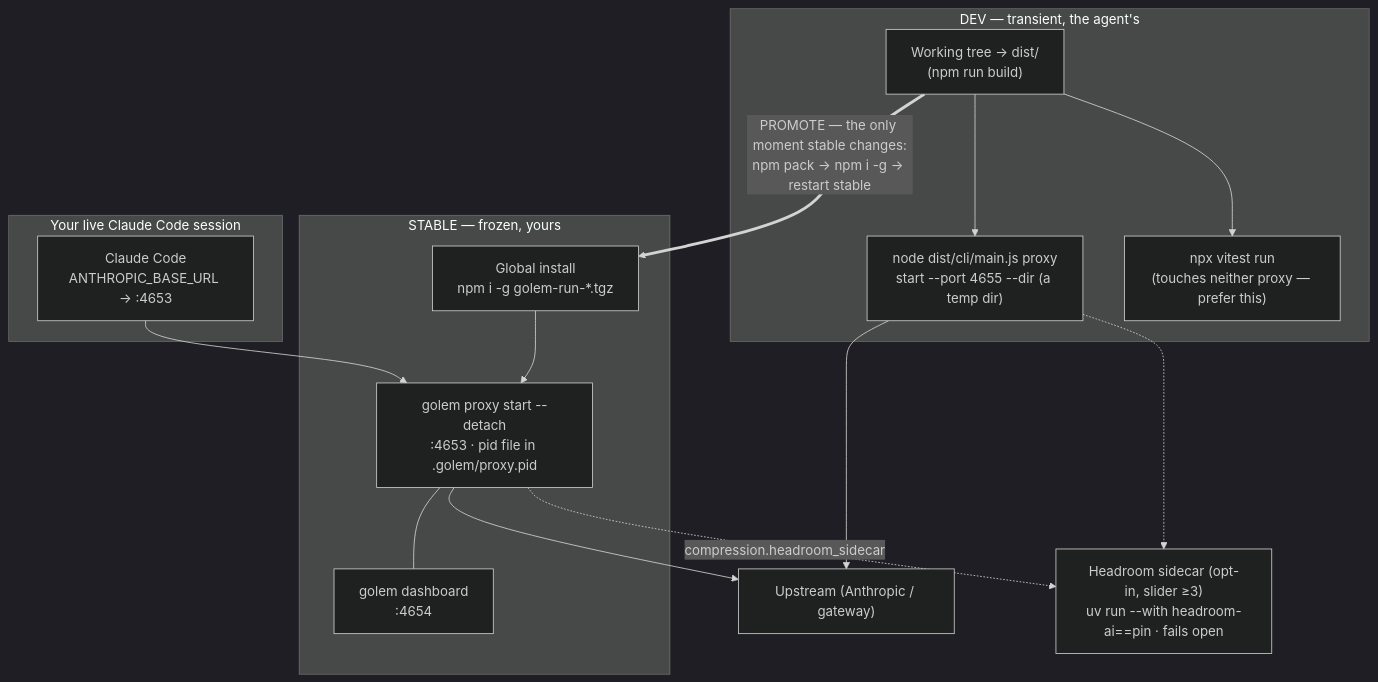
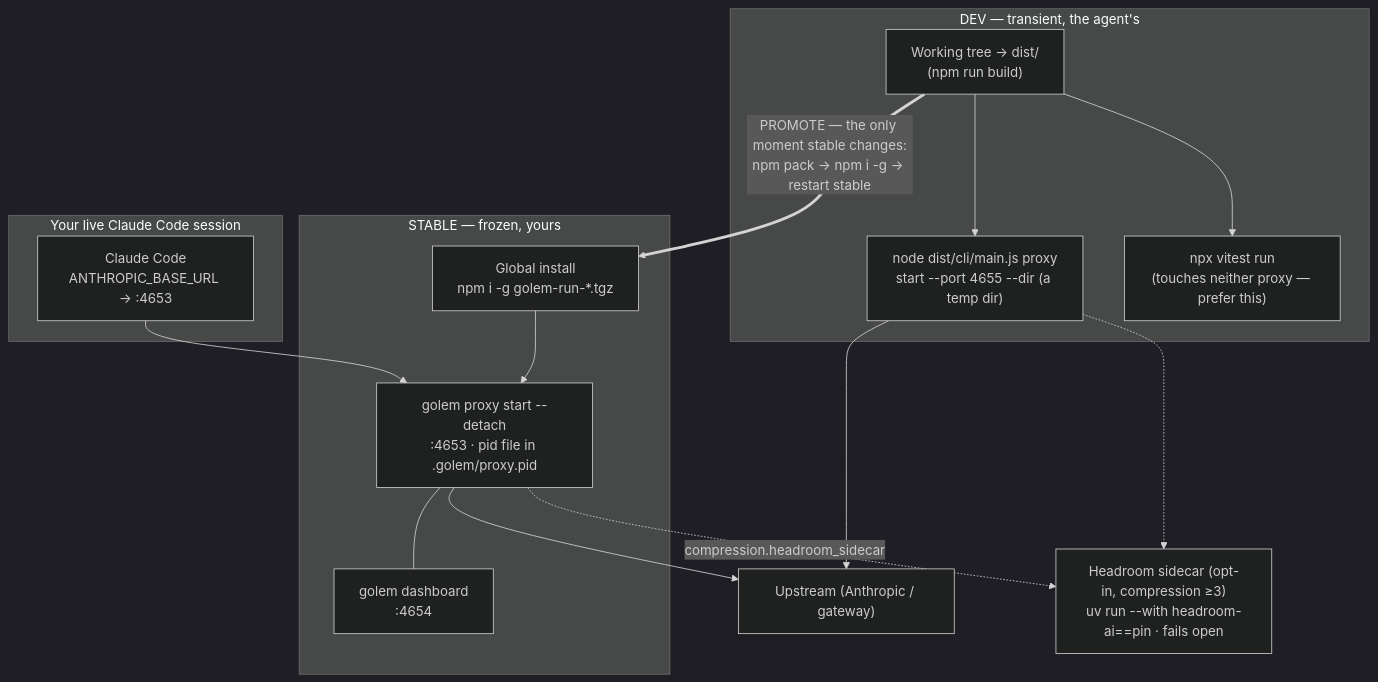
The diagram in docs/wiki/concepts/Dogfooding Golem.md (cloudcatalyst/golem), drawn with Mermaid (dark theme) before and after one commit. The commit also changed other lines of this file and 15 other files, not shown here.

````diff
--- a/docs/wiki/concepts/Dogfooding Golem.md
+++ b/docs/wiki/concepts/Dogfooding Golem.md
@@ -25,31 +25,31 @@
 ```mermaid
 flowchart TB
   subgraph Session["Your live Claude Code session"]
     CC["Claude Code<br/>ANTHROPIC_BASE_URL → :4653"]
   end
 
   subgraph Stable["STABLE — frozen, yours"]
     GBIN["Global install<br/>npm i -g golem-run-*.tgz"]
     SP["golem proxy start --detach<br/>:4653 · pid file in .golem/proxy.pid"]
     DASH["golem dashboard<br/>:4654"]
     GBIN --> SP
     SP --- DASH
   end
 
   subgraph Dev["DEV — transient, the agent's"]
     TREE["Working tree → dist/<br/>(npm run build)"]
     DP["node dist/cli/main.js proxy<br/>start --port 4655 --dir (a temp dir)"]
     TESTS["npx vitest run<br/>(touches neither proxy — prefer this)"]
     TREE --> DP
     TREE --> TESTS
   end
 
   CC --> SP
   SP --> UP["Upstream (Anthropic / gateway)"]
   DP --> UP
-  SIDE["Headroom sidecar (opt-in, slider ≥3)<br/>uv run --with headroom-ai==pin · fails open"]
+  SIDE["Headroom sidecar (opt-in, compression ≥3)<br/>uv run --with headroom-ai==pin · fails open"]
   SP -.->|"compression.headroom_sidecar"| SIDE
   DP -.-> SIDE
 
   TREE ==>|"PROMOTE — the only moment stable changes:<br/>npm pack → npm i -g → restart stable"| GBIN
 ```
````
